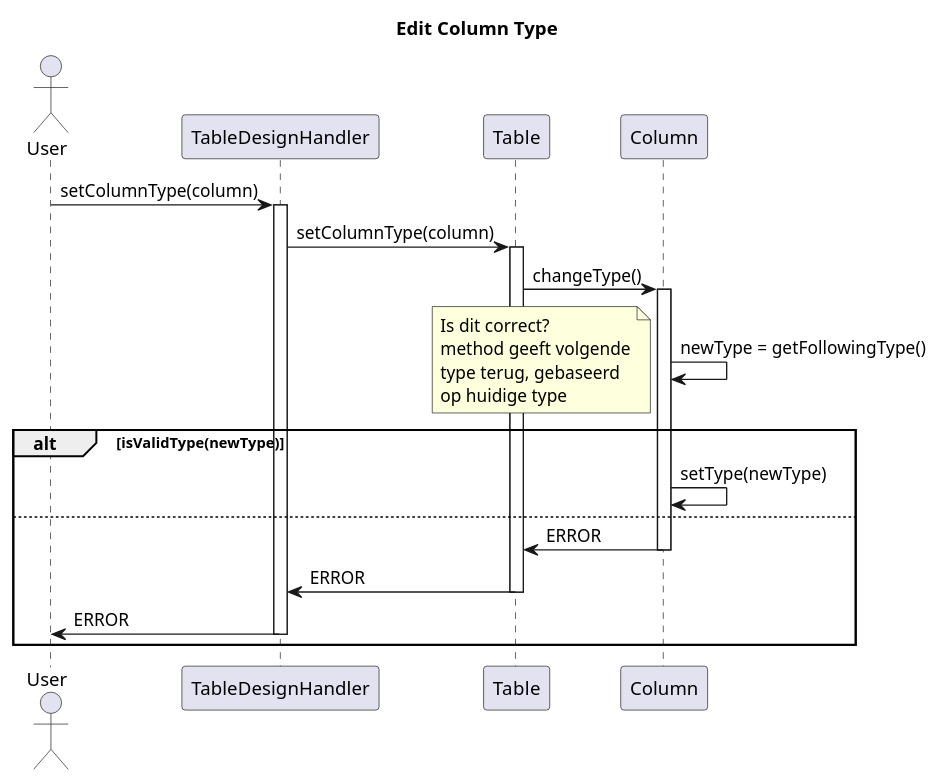
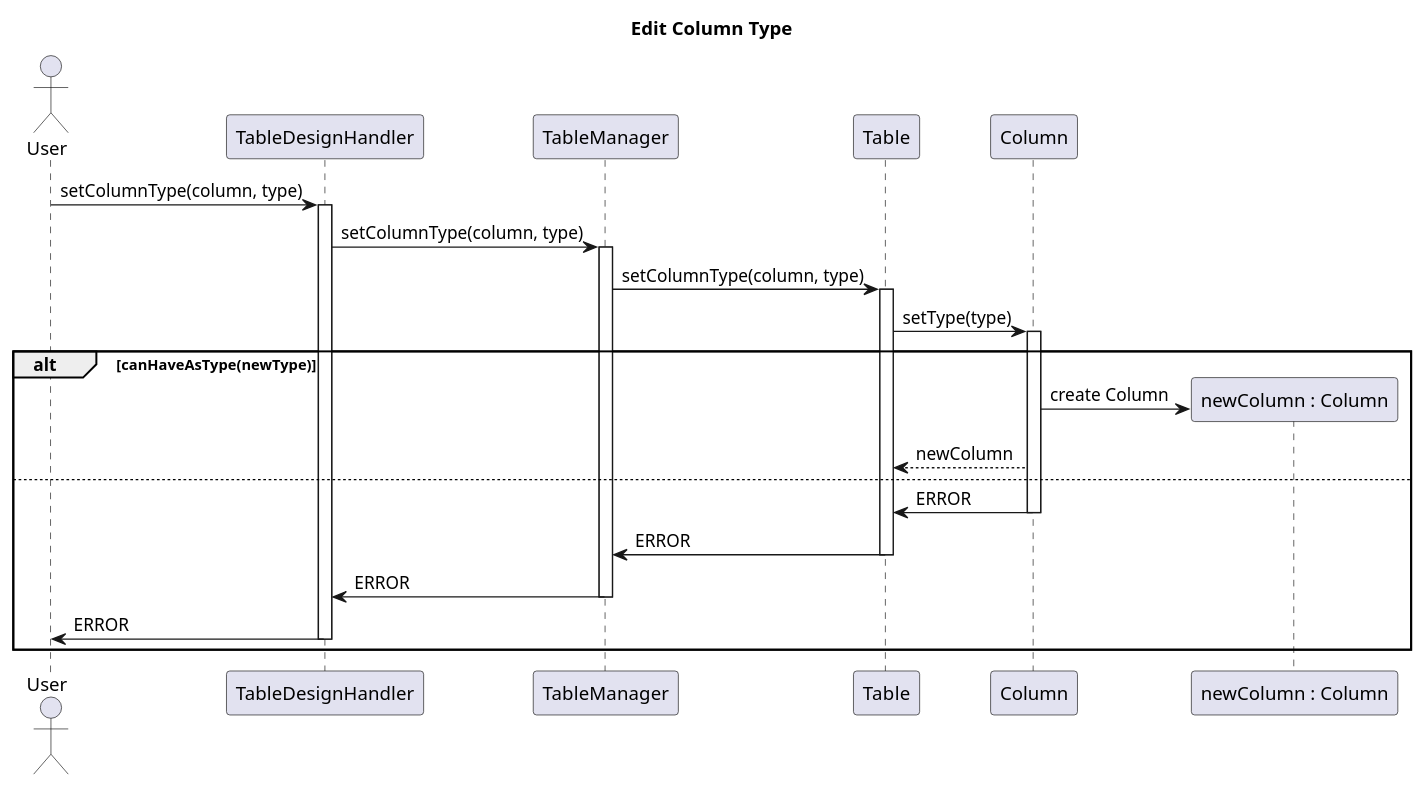
The diagram in diagrams/interactionDiagrams/editColumnType.puml (Bhamoss/softwareOntwerpProject), drawn with PlantUML before and after one commit. The commit also changed 5 other files, not shown here.

Commit message:
mijn deel van interactiondiagrams aangepast

```diff
--- a/diagrams/interactionDiagrams/editColumnType.puml
+++ b/diagrams/interactionDiagrams/editColumnType.puml
@@ -1,35 +1,35 @@
 @startuml
 title Edit Column Type
 Actor User
 
 
 
-User -> TableDesignHandler: setColumnType(column)
+User -> TableDesignHandler: setColumnType(column, type)
 activate TableDesignHandler
-TableDesignHandler -> Table: setColumnType(column)
+TableDesignHandler -> TableManager: setColumnType(column, type)
+activate TableManager
+TableManager -> Table: setColumnType(column, type)
 activate Table
-Table -> Column: changeType()
+Table -> Column: setType(type)
 activate Column
-Column -> Column: newType = getFollowingType()
-note left
-    Is dit correct?
-    method geeft volgende
-    type terug, gebaseerd
-    op huidige type
-end note
-alt isValidType(newType)
-    Column -> Column: setType(newType)
+
+alt canHaveAsType(newType)
+    create "newColumn : Column"
+    Column -> "newColumn : Column": create Column
+    Column --> Table: newColumn
 else
     Column -> Table: ERROR
     deactivate Column
-    Table -> TableDesignHandler: ERROR
+    Table -> TableManager: ERROR
     deactivate Table
+    TableManager -> TableDesignHandler: ERROR
+    deactivate TableManager
     TableDesignHandler -> User: ERROR
     deactivate TableDesignHandler
 end
 
 
 
 
 
 @enduml
```
